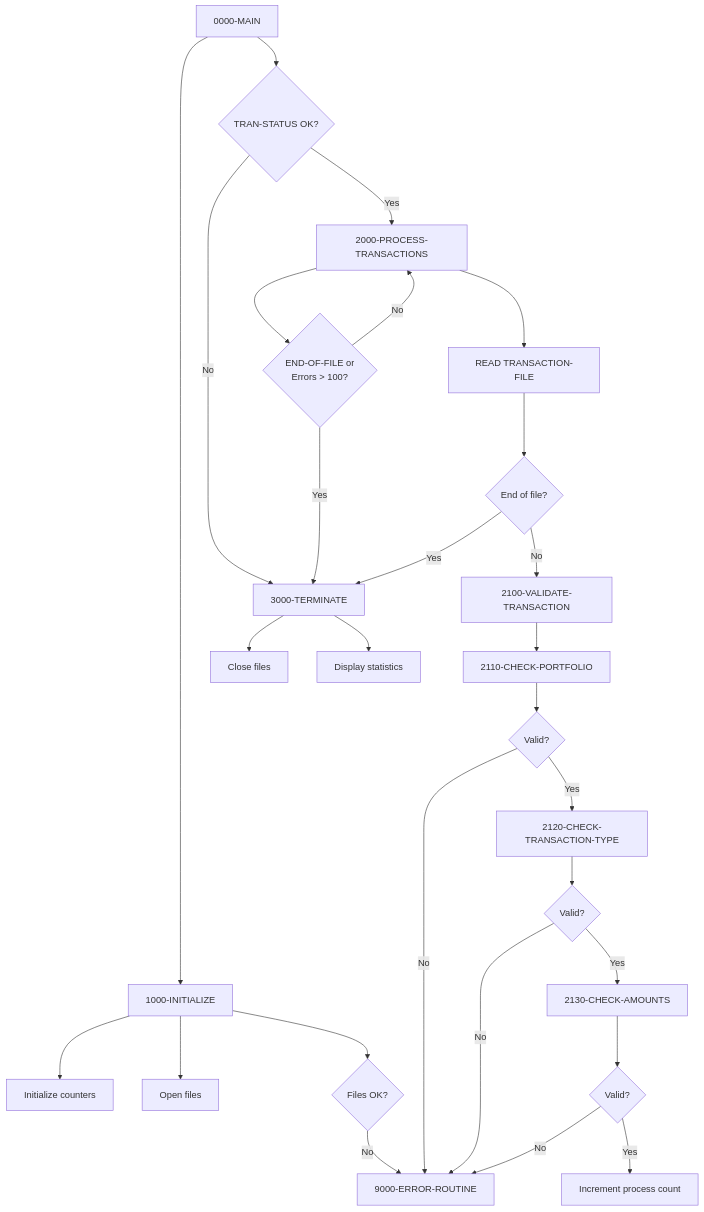
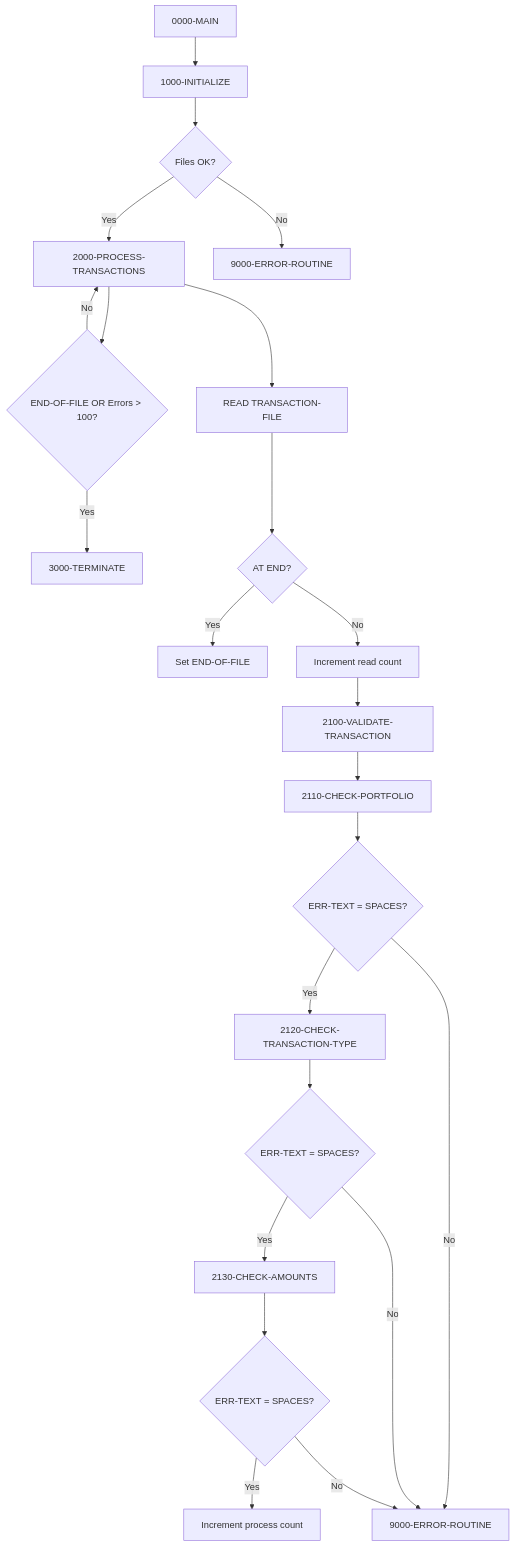
One commit to haladir-com/legacy-benchmark-docs-vb70e1 changed the first of 2 diagrams in docs/programs/PORTTRAN.mdx. Above: the diagram before and after it, drawn with Mermaid. The commit also changed other lines of this file and 63 other files, not shown here.

````diff
--- a/docs/programs/PORTTRAN.mdx
+++ b/docs/programs/PORTTRAN.mdx
@@ -16,34 +16,27 @@
 ```mermaid
 graph TD
     A[0000-MAIN] --> B[1000-INITIALIZE]
-    A --> C{TRAN-STATUS OK?}
+    B --> C{Files OK?}
     C -->|Yes| D[2000-PROCESS-TRANSACTIONS]
-    C -->|No| E[3000-TERMINATE]
-    D --> D1{END-OF-FILE or<br/>Errors > 100?}
-    D1 -->|No| D
-    D1 -->|Yes| E
+    C -->|No| E[9000-ERROR-ROUTINE]
+    D --> F{END-OF-FILE OR Errors > 100?}
+    F -->|No| D
+    F -->|Yes| G[3000-TERMINATE]
     
-    B --> B1[Initialize counters]
-    B --> B2[Open files]
-    B --> B3{Files OK?}
-    B3 -->|No| ERR[9000-ERROR-ROUTINE]
+    D --> D1[READ TRANSACTION-FILE]
+    D1 --> D2{AT END?}
+    D2 -->|Yes| D3[Set END-OF-FILE]
+    D2 -->|No| D4[Increment read count]
+    D4 --> D5[2100-VALIDATE-TRANSACTION]
     
-    D --> D2[READ TRANSACTION-FILE]
-    D2 --> D3{End of file?}
-    D3 -->|Yes| E
-    D3 -->|No| D4[2100-VALIDATE-TRANSACTION]
-    
-    D4 --> V1[2110-CHECK-PORTFOLIO]
-    V1 --> V2{Valid?}
+    D5 --> V1[2110-CHECK-PORTFOLIO]
+    V1 --> V2{ERR-TEXT = SPACES?}
     V2 -->|Yes| V3[2120-CHECK-TRANSACTION-TYPE]
-    V2 -->|No| ERR
-    V3 --> V4{Valid?}
+    V3 --> V4{ERR-TEXT = SPACES?}
     V4 -->|Yes| V5[2130-CHECK-AMOUNTS]
-    V4 -->|No| ERR
-    V5 --> V6{Valid?}
+    V5 --> V6{ERR-TEXT = SPACES?}
     V6 -->|Yes| V7[Increment process count]
-    V6 -->|No| ERR
-    
-    E --> E1[Close files]
-    E --> E2[Display statistics]
+    V2 -->|No| V8[9000-ERROR-ROUTINE]
+    V4 -->|No| V8
+    V6 -->|No| V8
 ```
````
